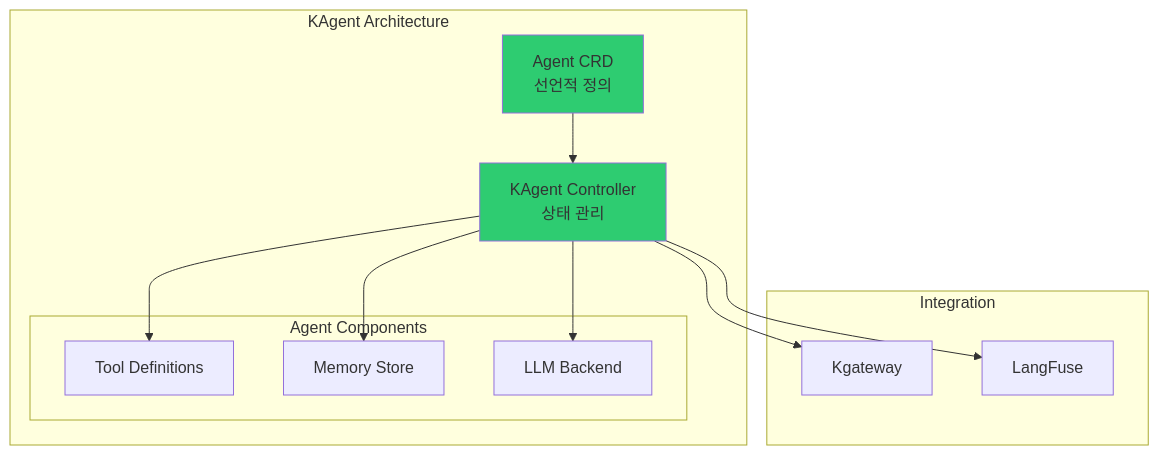
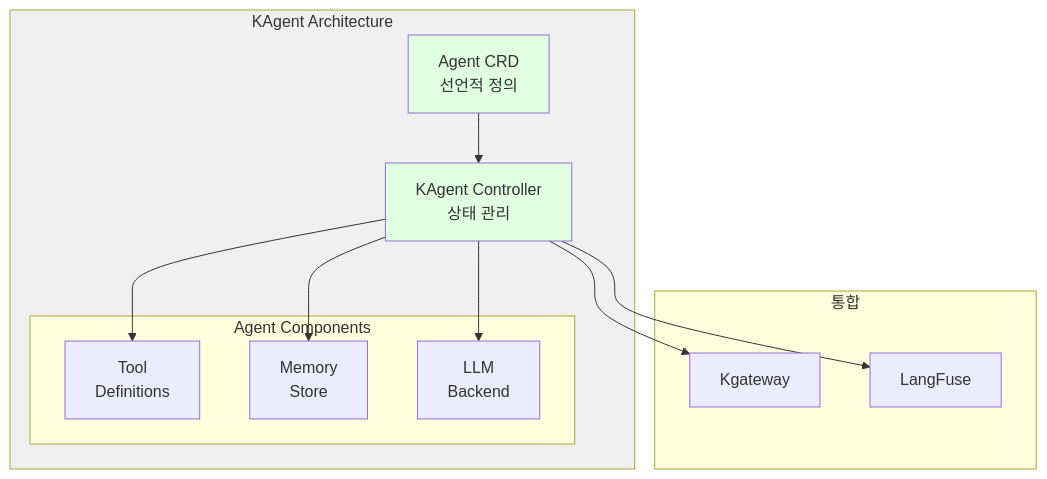
Before and after one commit to devfloor9/engineering-playbook: the eighth of 16 diagrams in docs/agentic-ai-platform/design-architecture/agentic-ai-challenges.md, drawn with Mermaid. The commit also changed other lines of this file and 24 other files, not shown here.

````diff
--- a/docs/agentic-ai-platform/design-architecture/agentic-ai-challenges.md
+++ b/docs/agentic-ai-platform/design-architecture/agentic-ai-challenges.md
@@ -341,26 +348,29 @@
 ```mermaid
-graph TB
-    subgraph "KAgent Architecture"
+flowchart TD
+    subgraph KAgent["KAgent Architecture"]
         CRD["Agent CRD<br/>선언적 정의"]
         CTRL["KAgent Controller<br/>상태 관리"]
 
-        subgraph "Agent Components"
-            TOOL["Tool Definitions"]
-            MEM["Memory Store"]
-            LLM["LLM Backend"]
+        subgraph Components["Agent Components"]
+            TOOL["Tool<br/>Definitions"]
+            MEM["Memory<br/>Store"]
+            LLM["LLM<br/>Backend"]
         end
     end
 
-    subgraph "Integration"
+    subgraph Integration["통합"]
         KGW["Kgateway"]
         OBS["LangFuse"]
     end
 
     CRD --> CTRL
-    CTRL --> TOOL & MEM & LLM
+    CTRL --> TOOL
+    CTRL --> MEM
+    CTRL --> LLM
     CTRL --> KGW
     CTRL --> OBS
 
-    style CRD fill:#2ecc71
-    style CTRL fill:#2ecc71
+    style CRD fill:#e1ffe1
+    style CTRL fill:#e1ffe1
+    style KAgent fill:#f0f0f0
 ```
````
